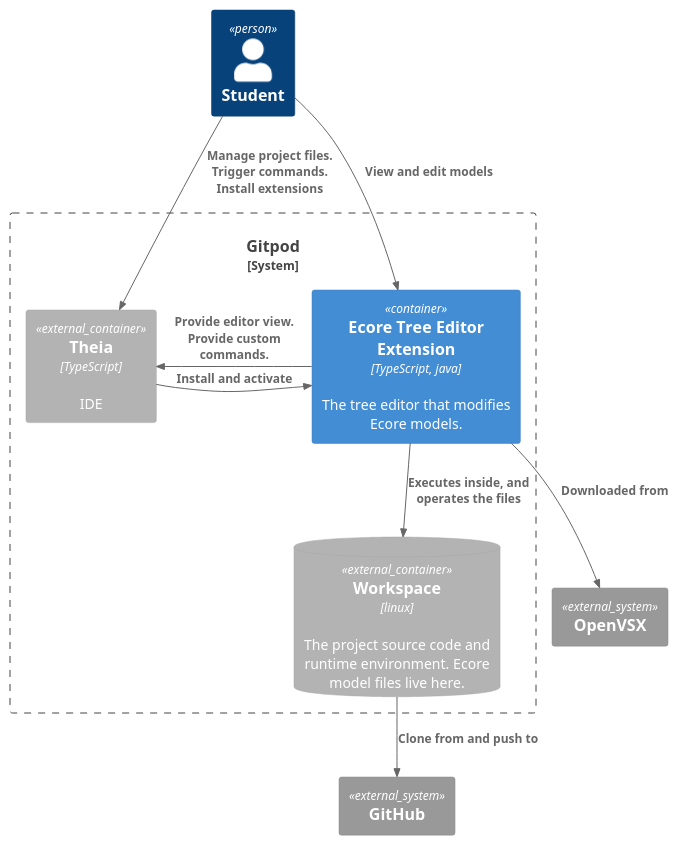
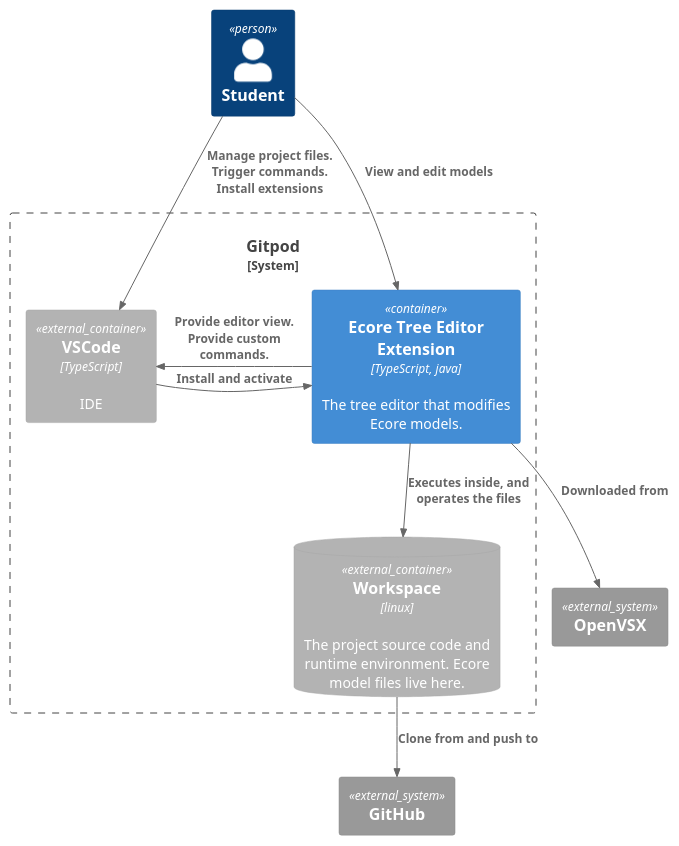
One commit to krissrex/tdt4900-master-thesis-cloud-modeling-latex changed the diagram in figures/tree-editor-extension.container.puml. Above: the diagram before and after it, drawn with PlantUML. The commit also changed 6 other files, not shown here.

Commit message:
Replace theia with vscode

```diff
--- a/figures/tree-editor-extension.container.puml
+++ b/figures/tree-editor-extension.container.puml
@@ -1,22 +1,22 @@
 @startuml Tree_Editor_Extension_container
 !include C4_Container.puml
 
 Person(student, "Student")
 System_Ext(github, "GitHub")
 System_Ext(openvsx, "OpenVSX")
 
 System_Boundary(gitpod, "Gitpod"){
-  Container_Ext(theia, "Theia", "TypeScript", "IDE")
+  Container_Ext(vscode, "VSCode", "TypeScript", "IDE")
   Container(treeEditor, "Ecore Tree Editor Extension", "TypeScript, java", "The tree editor that modifies Ecore models.")
   ContainerDb_Ext(filesystem, "Workspace", "linux", "The project source code and runtime environment. Ecore model files live here.")
 
-  Rel(student, theia, "Manage project files. Trigger commands. Install extensions")
-  Rel_R(theia, treeEditor, "Install and activate")
-  Rel_L(treeEditor, theia, "Provide editor view. Provide custom commands.")
+  Rel(student, vscode, "Manage project files. Trigger commands. Install extensions")
+  Rel_R(vscode, treeEditor, "Install and activate")
+  Rel_L(treeEditor, vscode, "Provide editor view. Provide custom commands.")
   Rel(student, treeEditor, "View and edit models")
   Rel(filesystem, github, "Clone from and push to")
   Rel(treeEditor, filesystem, "Executes inside, and operates the files")
   Rel(treeEditor, openvsx, "Downloaded from")
 }
 
 @enduml
```
